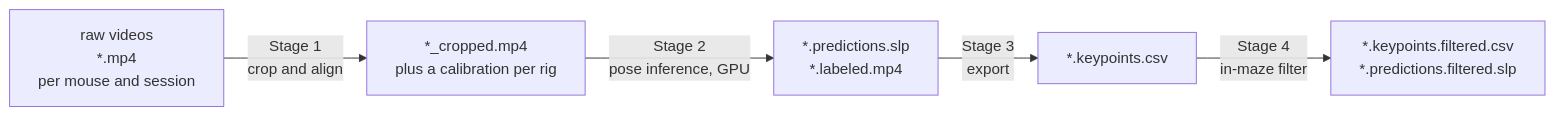
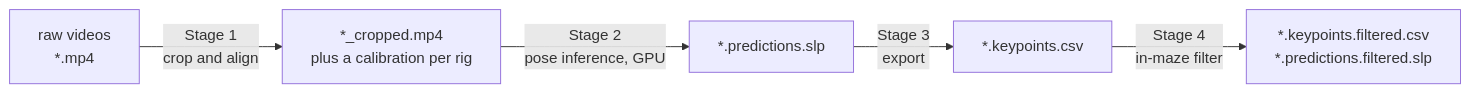
One commit to MaravallLab/aMAZEing-maze changed the diagram in docs/analysis/pose.md. Above: the diagram before and after it, drawn with Mermaid. The commit also changed other lines of this file and 2 other files, not shown here.

````diff
--- a/docs/analysis/pose.md
+++ b/docs/analysis/pose.md
@@ -17,13 +12,13 @@
 ```mermaid
 flowchart LR
-    v["raw videos<br/>*.mp4<br/>per mouse and session"]
+    v["raw videos<br/>*.mp4"]
     c["*_cropped.mp4<br/>plus a calibration per rig"]
-    pr["*.predictions.slp<br/>*.labeled.mp4"]
+    pr["*.predictions.slp"]
     k["*.keypoints.csv"]
     f["*.keypoints.filtered.csv<br/>*.predictions.filtered.slp"]
 
     v -->|"Stage 1<br/>crop and align"| c
     c -->|"Stage 2<br/>pose inference, GPU"| pr
     pr -->|"Stage 3<br/>export"| k
     k -->|"Stage 4<br/>in-maze filter"| f
 ```
````
